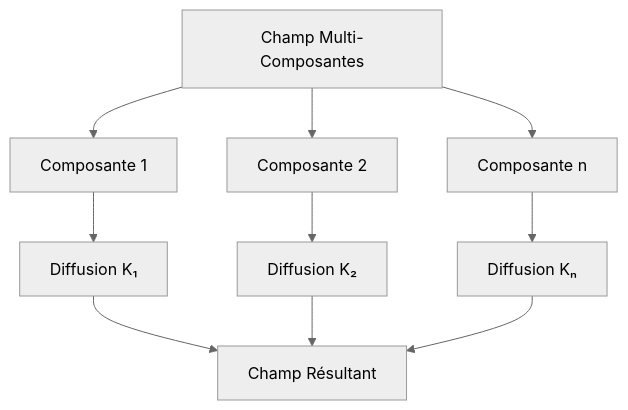
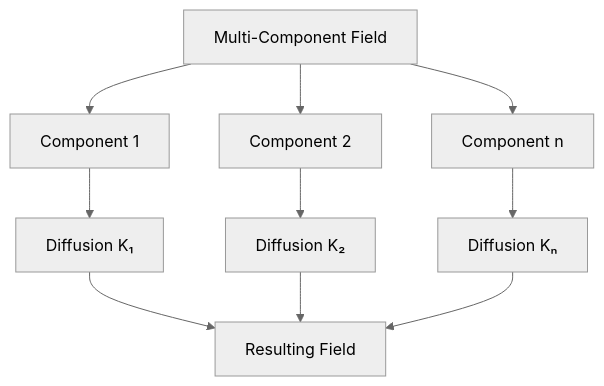
Before and after one commit to sbstndb/samurai: the eighth of 19 diagrams in docs/numerical_schemes.md, drawn with Mermaid (neutral theme). The commit also changed other lines of this file and 8 other files, not shown here.

````diff
--- a/docs/numerical_schemes.md
+++ b/docs/numerical_schemes.md
@@ -221,14 +221,14 @@
 ```mermaid
 graph TB
-    A[Champ Multi-Composantes] --> B[Composante 1]
-    A --> C[Composante 2]
-    A --> D[Composante n]
+    A[Multi-Component Field] --> B[Component 1]
+    A --> C[Component 2]
+    A --> D[Component n]
     
     B --> E[Diffusion K₁]
     C --> F[Diffusion K₂]
     D --> G[Diffusion Kₙ]
     
-    E --> H[Champ Résultant]
+    E --> H[Resulting Field]
     F --> H
     G --> H
 ```
````
